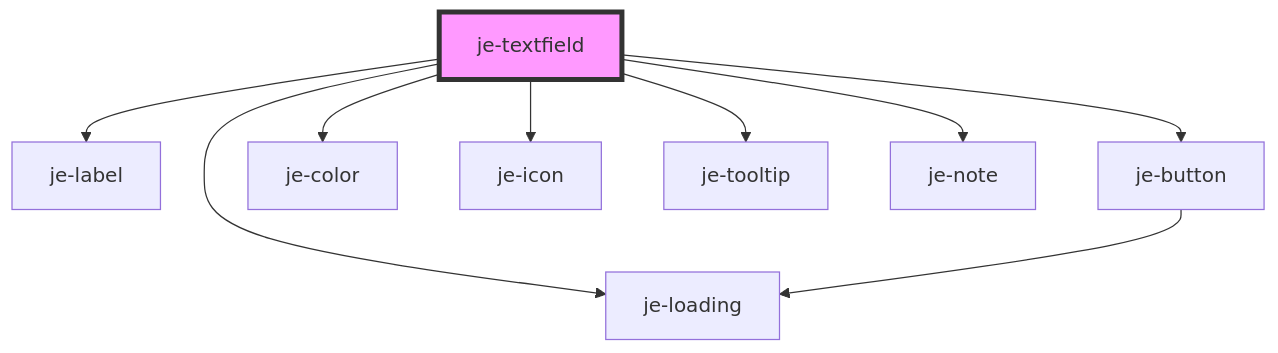
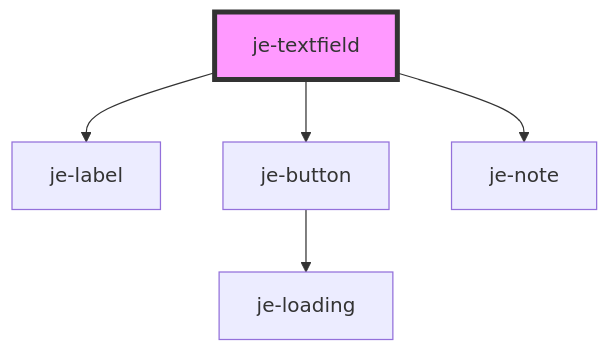
One commit to pgreen00/jebamo changed the diagram in packages/core/src/docs/components/je-textfield/readme.md. Above: the diagram before and after it, drawn with Mermaid. The commit also changed other lines of this file and 32 other files, not shown here.

````diff
--- a/packages/core/src/docs/components/je-textfield/readme.md
+++ b/packages/core/src/docs/components/je-textfield/readme.md
@@ -120,12 +138,8 @@
 ```mermaid
 graph TD;
   je-textfield --> je-label
   je-textfield --> je-button
-  je-textfield --> je-loading
-  je-textfield --> je-color
-  je-textfield --> je-icon
-  je-textfield --> je-tooltip
   je-textfield --> je-note
   je-button --> je-loading
   style je-textfield fill:#f9f,stroke:#333,stroke-width:4px
 ```
````
